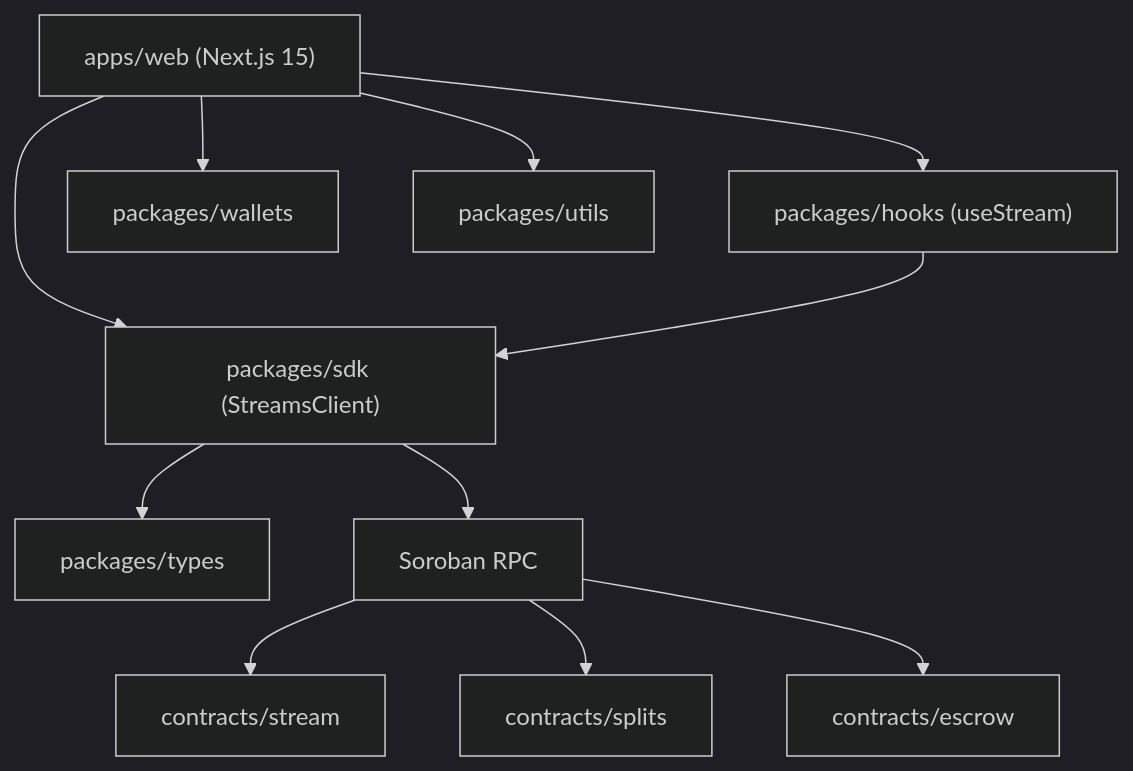
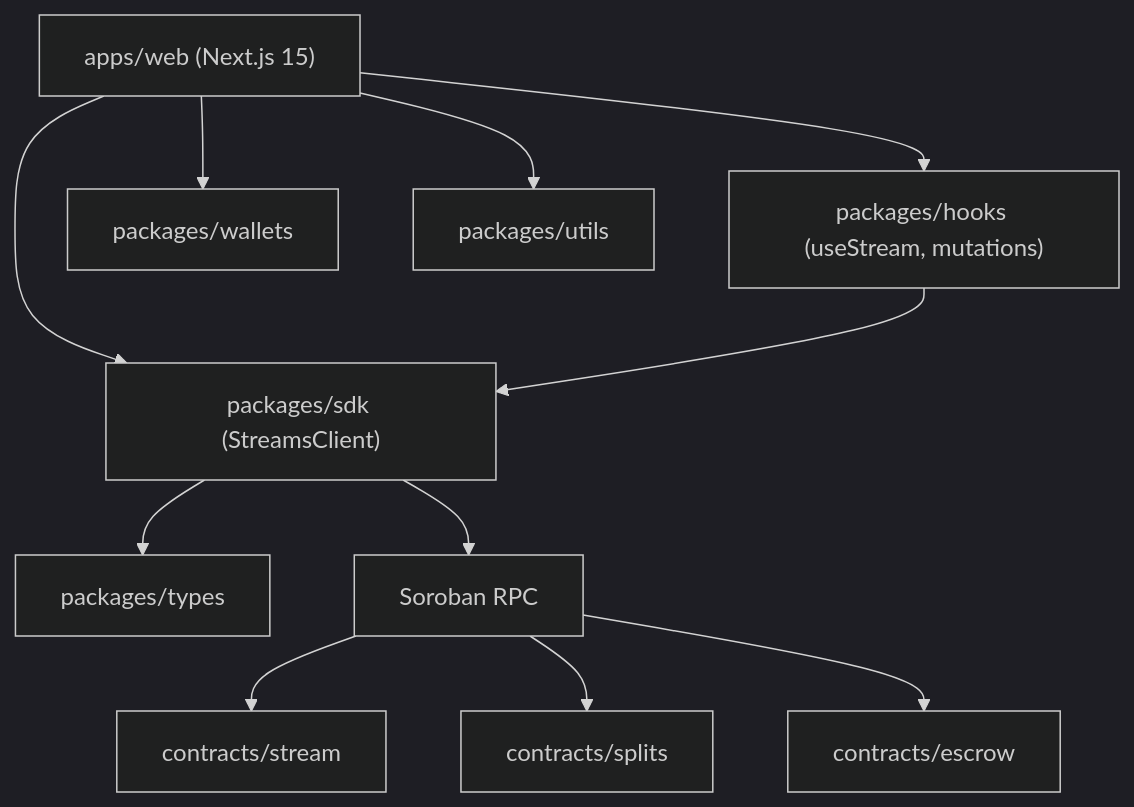
One commit to SorobanForge/stellar-streams changed the diagram in README.md. Above: the diagram before and after it, drawn with Mermaid (dark theme). The commit also changed other lines of this file and 12 other files, not shown here.

First line of the commit message:
feat(hooks,utils): retryable useStream, stream mutation hooks, relative time

````diff
--- a/README.md
+++ b/README.md
@@ -73,13 +73,13 @@
 ```mermaid
 graph TD
     Web["apps/web (Next.js 15)"] --> SDK["packages/sdk (StreamsClient)"]
-    Web --> Hooks["packages/hooks (useStream)"]
+    Web --> Hooks["packages/hooks (useStream, mutations)"]
     Web --> Wallets["packages/wallets"]
     SDK --> Types["packages/types"]
     Hooks --> SDK
     Web --> Utils["packages/utils"]
     SDK --> RPC["Soroban RPC"]
     RPC --> Stream["contracts/stream"]
     RPC --> Splits["contracts/splits"]
     RPC --> Escrow["contracts/escrow"]
 ```
````
